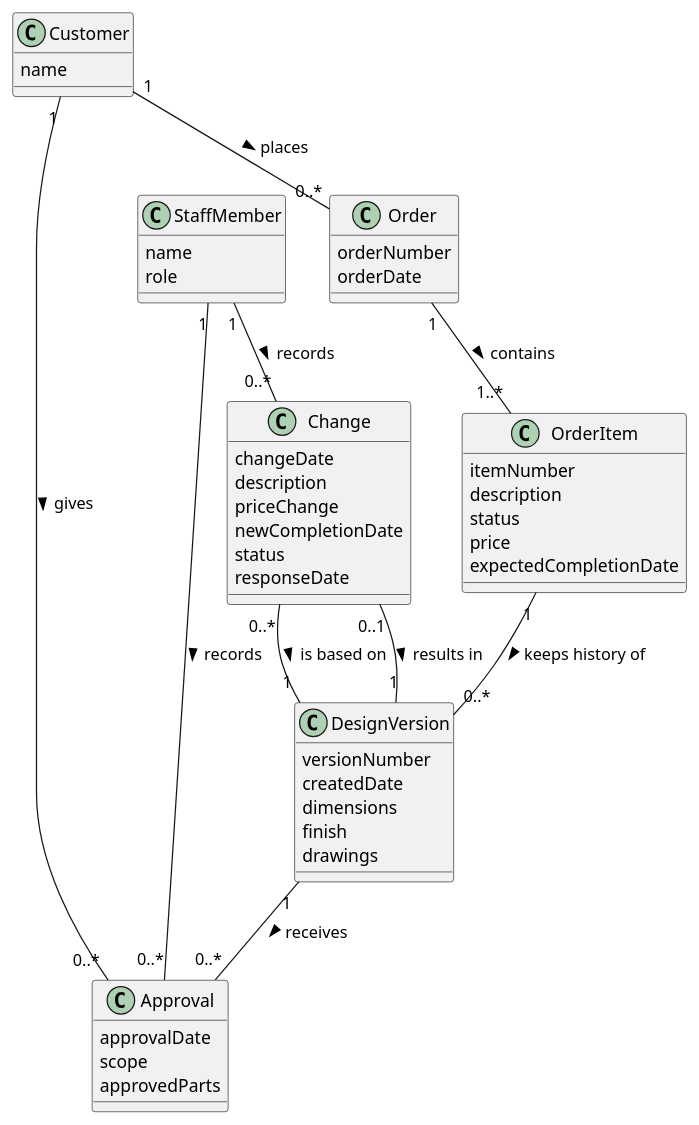
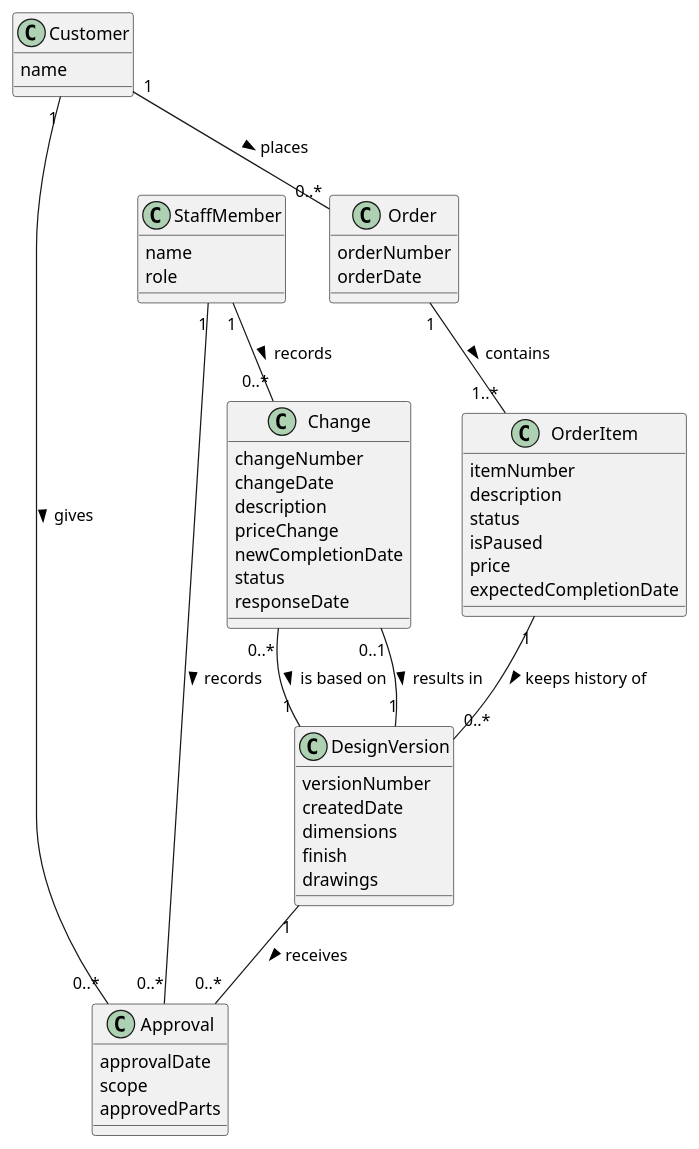
The diagram in uc6-domain-model.puml (Ahmad-1031/OOAD_CA2), drawn with PlantUML before and after one commit. The commit also changed 2 other files, not shown here.

```diff
--- a/uc6-domain-model.puml
+++ b/uc6-domain-model.puml
@@ -1,58 +1,60 @@
 @startuml domain-model
 
 class Customer {
   name
 }
 
 class Order {
   orderNumber
   orderDate
 }
 
 class OrderItem {
   itemNumber
   description
   status
+  isPaused
   price
   expectedCompletionDate
 }
 
 class DesignVersion {
   versionNumber
   createdDate
   dimensions
   finish
   drawings
 }
 
 class Approval {
   approvalDate
   scope
   approvedParts
 }
 
 class Change {
+  changeNumber
   changeDate
   description
   priceChange
   newCompletionDate
   status
   responseDate
 }
 
 class StaffMember {
   name
   role
 }
 
 Customer "1" -- "0..*" Order : places >
 Order "1" -- "1..*" OrderItem : contains >
 OrderItem "1" -- "0..*" DesignVersion : keeps history of >
 DesignVersion "1" -- "0..*" Approval : receives >
 Customer "1" -- "0..*" Approval : gives >
 StaffMember "1" -- "0..*" Approval : records >
 Change "0..*" -- "1" DesignVersion : is based on >
 Change "0..1" -- "1" DesignVersion : results in >
 StaffMember "1" -- "0..*" Change : records >
 
 @enduml
```
